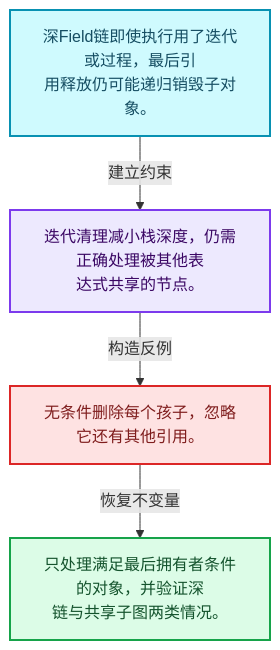
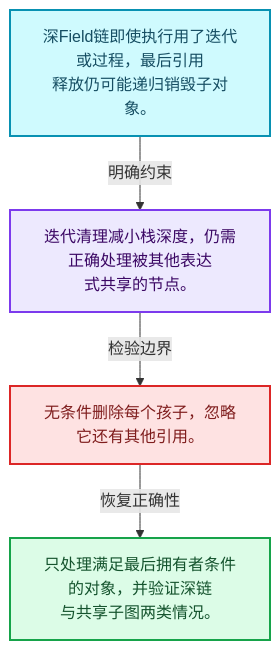
Before and after one commit to yunkezengren/blender-.vscode: the first of 4 diagrams in 杂/markdown/全面学习-codex/08-Field表达式与求值/12-Field重构与深链销毁.md, drawn with Mermaid. The commit also changed other lines of this file and 1930 other files, not shown here.

````diff
--- a/杂/markdown/全面学习-codex/08-Field表达式与求值/12-Field重构与深链销毁.md
+++ b/杂/markdown/全面学习-codex/08-Field表达式与求值/12-Field重构与深链销毁.md
@@ -29,16 +29,16 @@
 ```mermaid
 flowchart TB
-  M["深Field链即使执行用了迭代或过程，最后引<br/>用释放仍可能递归销毁子对象。"]:::data
-  T["迭代清理减小栈深度，仍需正确处理被其他表<br/>达式共享的节点。"]:::abstraction
-  X["无条件删除每个孩子，忽略它还有其他引用。"]:::error
-  A["只处理满足最后拥有者条件的对象，并验证深<br/>链与共享子图两类情况。"]:::result
-  M -->|"建立约束"| T
-  T -->|"构造反例"| X
-  X -->|"恢复不变量"| A
+  M["深Field链即使执行用了迭代或过程，最后引用<br/>释放仍可能递归销毁子对象。"]:::data
+  C["迭代清理减小栈深度，仍需正确处理被其他表达<br/>式共享的节点。"]:::abstraction
+  B["无条件删除每个孩子，忽略它还有其他引用。"]:::error
+  R["只处理满足最后拥有者条件的对象，并验证深链<br/>与共享子图两类情况。"]:::result
+  M -->|"明确约束"| C
+  C -->|"检验边界"| B
+  B -->|"恢复正确性"| R
   classDef input fill:#DBEAFE,stroke:#2563EB,color:#172554,stroke-width:2px;
   classDef data fill:#CFFAFE,stroke:#0891B2,color:#164E63,stroke-width:2px;
   classDef abstraction fill:#EDE9FE,stroke:#7C3AED,color:#3B0764,stroke-width:2px;
   classDef compute fill:#FEF3C7,stroke:#D97706,color:#78350F,stroke-width:2px;
   classDef result fill:#DCFCE7,stroke:#16A34A,color:#14532D,stroke-width:2px;
   classDef error fill:#FEE2E2,stroke:#DC2626,color:#7F1D1D,stroke-width:2px;
 ```
````
